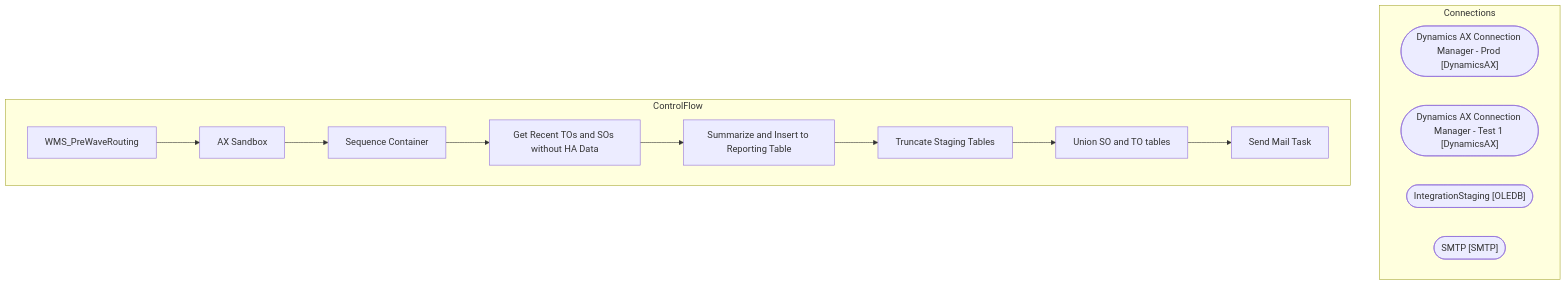
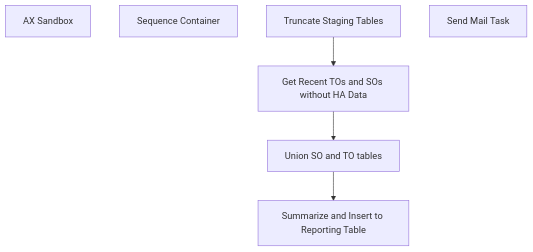
The diagram in bab-docs-explorer/Documentation/STL-SSIS-P-01/SSIS/WMS/PreWaveRoutingReport.WMS_PreWaveRouting.md (juanandresbrain/BABSkills), drawn with Mermaid before and after one commit. The commit also changed other lines of this file and 273 other files, not shown here.

````diff
--- a/bab-docs-explorer/Documentation/STL-SSIS-P-01/SSIS/WMS/PreWaveRoutingReport.WMS_PreWaveRouting.md
+++ b/bab-docs-explorer/Documentation/STL-SSIS-P-01/SSIS/WMS/PreWaveRoutingReport.WMS_PreWaveRouting.md
@@ -9,26 +43,13 @@
 ```mermaid
 flowchart TD
-    subgraph Connections
-        Dynamics_AX_Connection_Manager___Prod_conn(["Dynamics AX Connection Manager - Prod [DynamicsAX]"])
-        Dynamics_AX_Connection_Manager___Test_1_conn(["Dynamics AX Connection Manager - Test 1 [DynamicsAX]"])
-        IntegrationStaging_conn(["IntegrationStaging [OLEDB]"])
-        SMTP_conn(["SMTP [SMTP]"])
-    end
-    subgraph ControlFlow
-        WMS_PreWaveRouting_task["WMS_PreWaveRouting"]
-        AX_Sandbox_task["AX Sandbox"]
-        WMS_PreWaveRouting_task --> AX_Sandbox_task
-        Sequence_Container_task["Sequence Container"]
-        AX_Sandbox_task --> Sequence_Container_task
-        Get_Recent_TOs_and_SOs_without_HA_Data_task["Get Recent TOs and SOs without HA Data"]
-        Sequence_Container_task --> Get_Recent_TOs_and_SOs_without_HA_Data_task
-        Summarize_and_Insert_to_Reporting_Table_task["Summarize and Insert to Reporting Table"]
-        Get_Recent_TOs_and_SOs_without_HA_Data_task --> Summarize_and_Insert_to_Reporting_Table_task
-        Truncate_Staging_Tables_task["Truncate Staging Tables"]
-        Summarize_and_Insert_to_Reporting_Table_task --> Truncate_Staging_Tables_task
-        Union_SO_and_TO_tables_task["Union SO and TO tables"]
-        Truncate_Staging_Tables_task --> Union_SO_and_TO_tables_task
-        Send_Mail_Task_task["Send Mail Task"]
-        Union_SO_and_TO_tables_task --> Send_Mail_Task_task
-    end
+    n_Package_AX_Sandbox["AX Sandbox"]
+    n_Package_Sequence_Container["Sequence Container"]
+    n_Package_Sequence_Container_Get_Recent_TOs_and_SOs_without_HA_Data["Get Recent TOs and SOs without HA Data"]
+    n_Package_Sequence_Container_Summarize_and_Insert_to_Reporting_Table["Summarize and Insert to Reporting Table"]
+    n_Package_Sequence_Container_Truncate_Staging_Tables["Truncate Staging Tables"]
+    n_Package_Sequence_Container_Union_SO_and_TO_tables["Union SO and TO tables"]
+    n_Package_EventHandlers_OnError__Send_Mail_Task["Send Mail Task"]
+    n_Package_Sequence_Container_Truncate_Staging_Tables --> n_Package_Sequence_Container_Get_Recent_TOs_and_SOs_without_HA_Data
+    n_Package_Sequence_Container_Get_Recent_TOs_and_SOs_without_HA_Data --> n_Package_Sequence_Container_Union_SO_and_TO_tables
+    n_Package_Sequence_Container_Union_SO_and_TO_tables --> n_Package_Sequence_Container_Summarize_and_Insert_to_Reporting_Table
 ```
````
